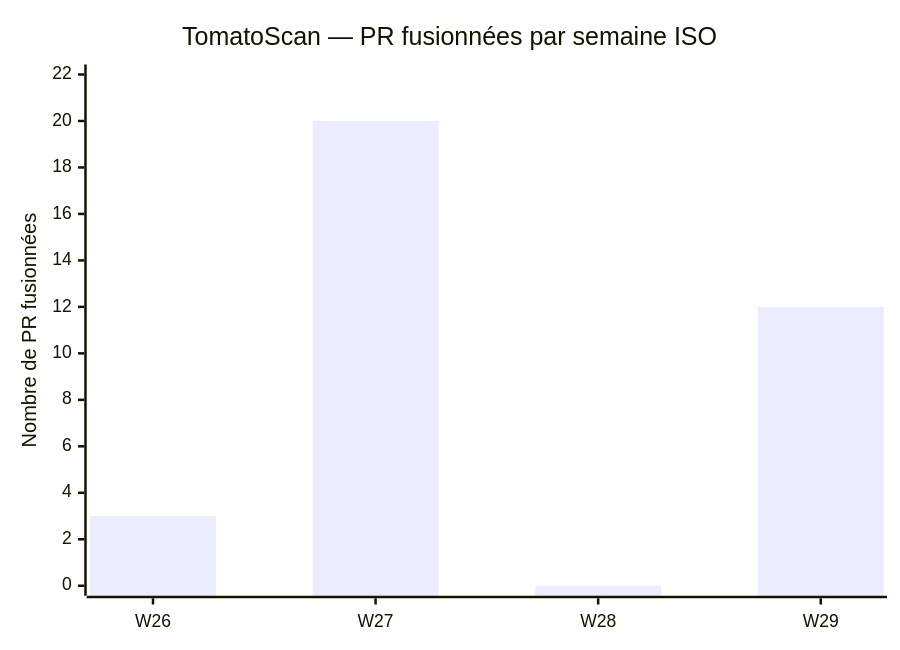
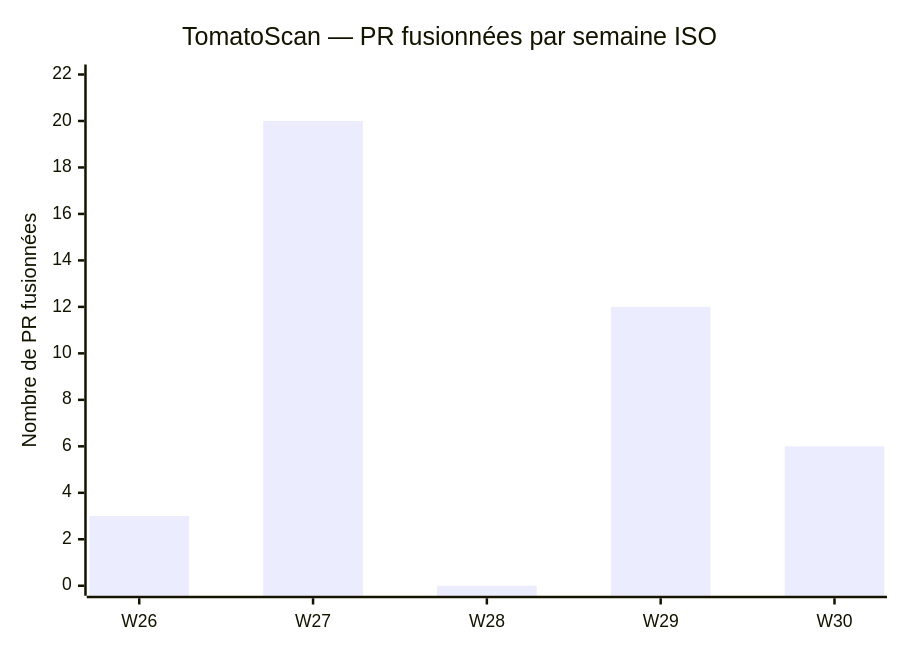
Before and after one commit to sulivan-moreau/TomatoScan: the first of 2 diagrams in docs/pr_cadence.md, drawn with Mermaid. The commit also changed other lines of this file and 3 other files, not shown here.

````diff
--- a/docs/pr_cadence.md
+++ b/docs/pr_cadence.md
@@ -75,7 +77,7 @@
 ```mermaid
 xychart-beta
     title "TomatoScan — PR fusionnées par semaine ISO"
-    x-axis ["W26", "W27", "W28", "W29"]
+    x-axis ["W26", "W27", "W28", "W29", "W30"]
     y-axis "Nombre de PR fusionnées" 0 --> 22
-    bar [3, 20, 0, 12]
+    bar [3, 20, 0, 12, 6]
 ```
````
